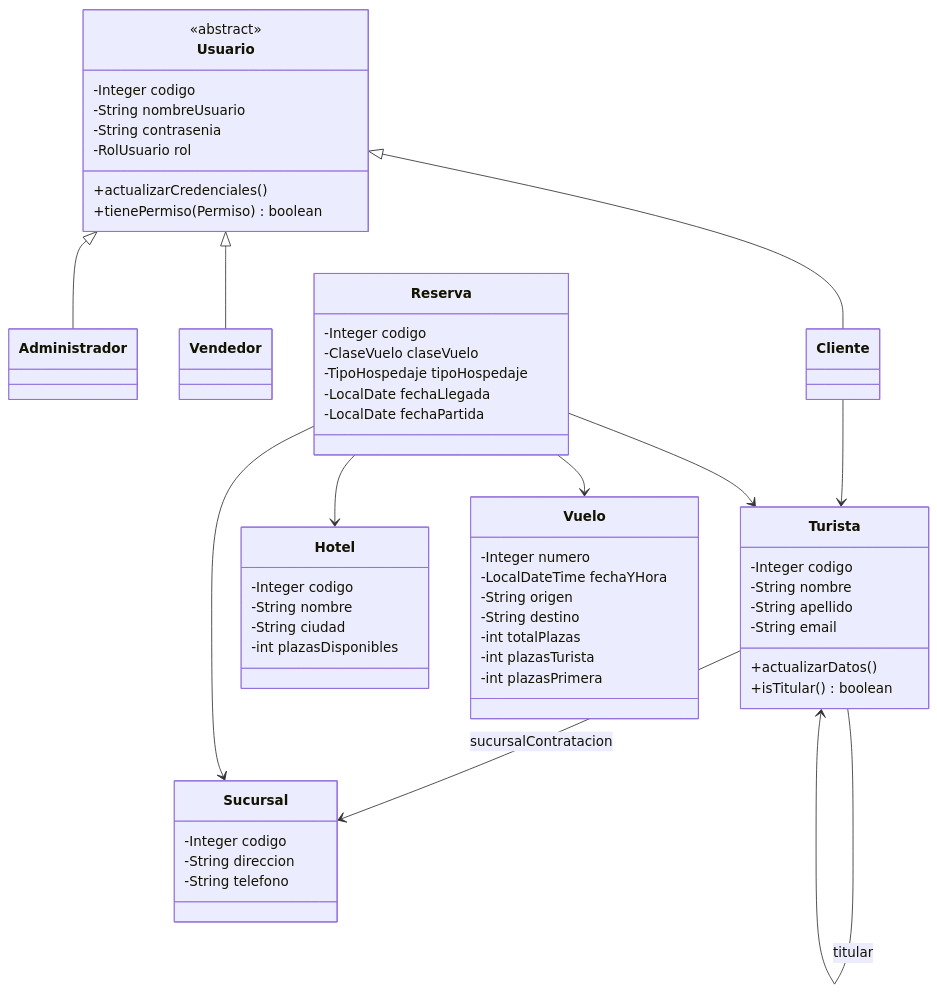
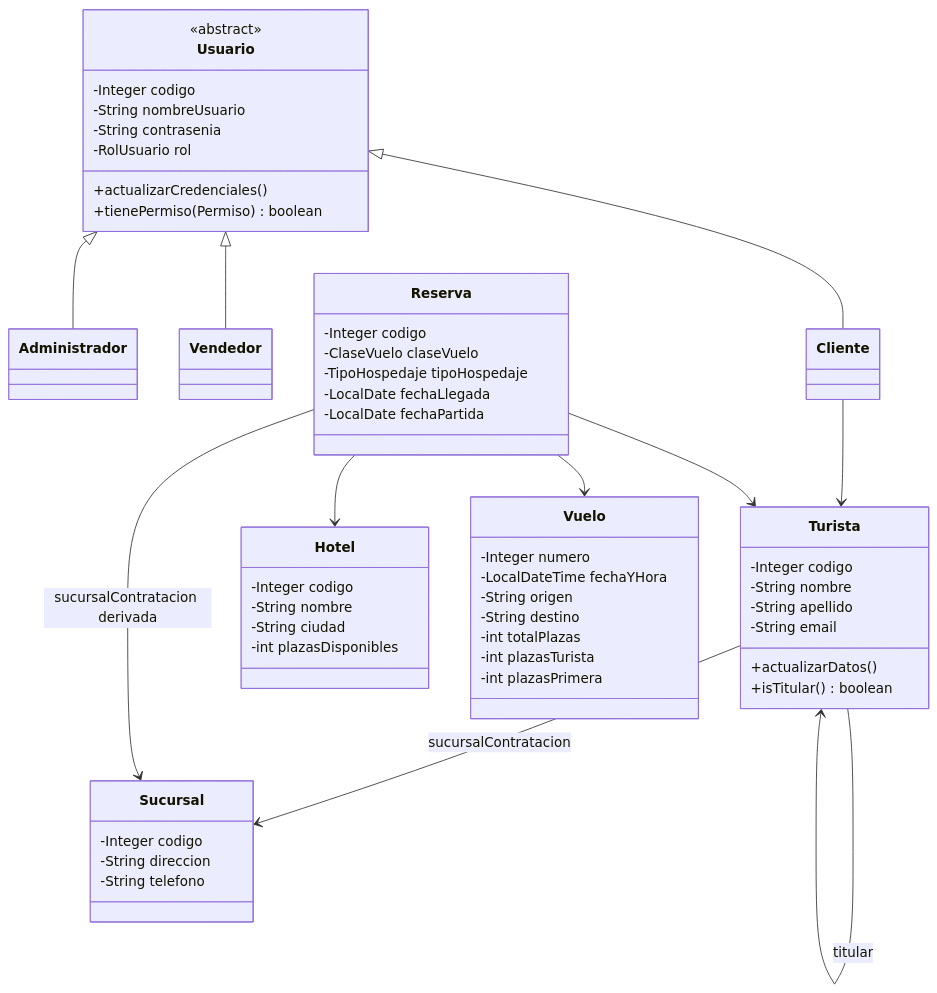
One commit to migmik/TPPrograII changed the second of 3 diagrams in docs/uml-tijetravel.md. Above: the diagram before and after it, drawn with Mermaid. The commit also changed other lines of this file and 78 other files, not shown here.

````diff
--- a/docs/uml-tijetravel.md
+++ b/docs/uml-tijetravel.md
@@ -32,61 +39,61 @@
 ```mermaid
 classDiagram
     class Usuario {
         <<abstract>>
         -Integer codigo
         -String nombreUsuario
         -String contrasenia
         -RolUsuario rol
         +actualizarCredenciales()
         +tienePermiso(Permiso) boolean
     }
     class Administrador
     class Vendedor
     class Cliente
     class Turista {
         -Integer codigo
         -String nombre
         -String apellido
         -String email
         +actualizarDatos()
         +isTitular() boolean
     }
     class Sucursal {
         -Integer codigo
         -String direccion
         -String telefono
     }
     class Hotel {
         -Integer codigo
         -String nombre
         -String ciudad
         -int plazasDisponibles
     }
     class Vuelo {
         -Integer numero
         -LocalDateTime fechaYHora
         -String origen
         -String destino
         -int totalPlazas
         -int plazasTurista
         -int plazasPrimera
     }
     class Reserva {
         -Integer codigo
         -ClaseVuelo claseVuelo
         -TipoHospedaje tipoHospedaje
         -LocalDate fechaLlegada
         -LocalDate fechaPartida
     }
 
     Usuario <|-- Administrador
     Usuario <|-- Vendedor
     Usuario <|-- Cliente
     Cliente --> Turista
     Turista --> Sucursal : sucursalContratacion
     Turista --> Turista : titular
     Reserva --> Turista
-    Reserva --> Sucursal
+    Reserva --> Sucursal : sucursalContratacion derivada
     Reserva --> Vuelo
     Reserva --> Hotel
 ```
````
